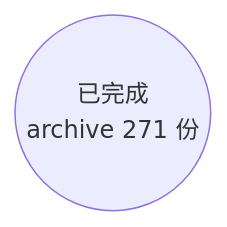
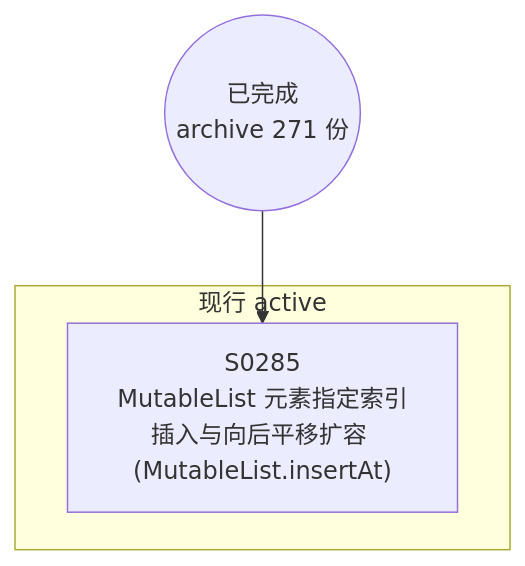
The diagram in docs/specs/dependency-graph.md (Halckon/Koven), drawn with Mermaid before and after one commit. The commit also changed other lines of this file and 6 other files, not shown here.

Commit message:
docs(spec): start SPEC-0285 MutableList.insertAt

````diff
--- a/docs/specs/dependency-graph.md
+++ b/docs/specs/dependency-graph.md
@@ -9,4 +9,8 @@
 ```mermaid
 flowchart TD
 ARCH(("已完成<br/>archive 271 份"))
+subgraph Gactive["现行 active"]
+  S0285["S0285<br/>MutableList 元素指定索引插入与向后平移扩容 (MutableList.insertAt)"]
+end
+ARCH --> S0285
 ```
````
